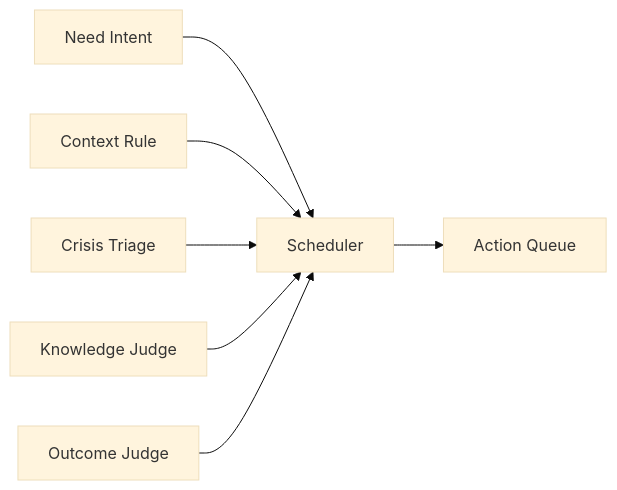
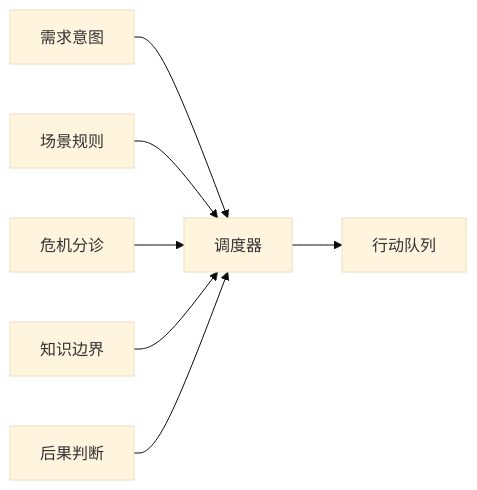
One commit to Whom001x/agentbox-town changed the second of 4 diagrams in README.md. Above: the diagram before and after it, drawn with Mermaid (base theme). The commit also changed other lines of this file, not shown here.

````diff
--- a/README.md
+++ b/README.md
@@ -54,9 +56,9 @@
 ```mermaid
 flowchart LR
-  A[Need Intent] --> F[Scheduler]
-  B[Context Rule] --> F
-  C[Crisis Triage] --> F
-  D[Knowledge Judge] --> F
-  E[Outcome Judge] --> F
-  F --> G[Action Queue]
+  A[需求意图] --> F[调度器]
+  B[场景规则] --> F
+  C[危机分诊] --> F
+  D[知识边界] --> F
+  E[后果判断] --> F
+  F --> G[行动队列]
 ```
````
